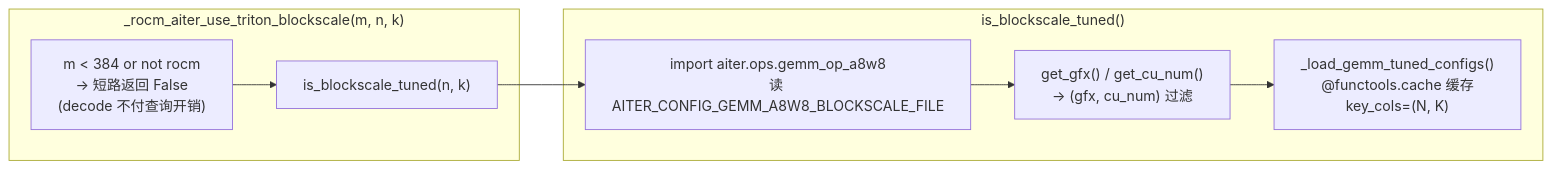
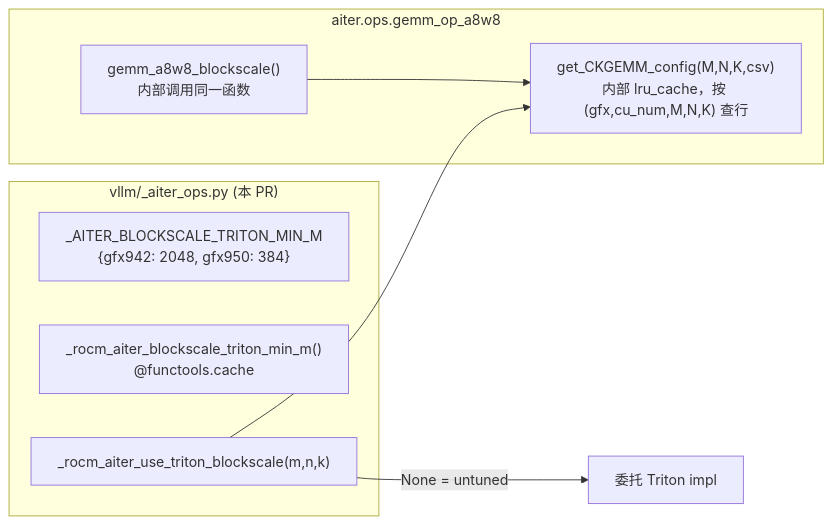
One commit to shen-shanshan/vllm-dev-skills changed the second of 2 diagrams in skills/vllm-pr-summary/outputs/pr-56812-summary.md. Above: the diagram before and after it, drawn with Mermaid. The commit also changed other lines of this file and 4 other files, not shown here.

````diff
--- a/skills/vllm-pr-summary/outputs/pr-56812-summary.md
+++ b/skills/vllm-pr-summary/outputs/pr-56812-summary.md
@@ -61,14 +62,15 @@
 ```mermaid
 flowchart LR
-    subgraph predicate["_rocm_aiter_use_triton_blockscale(m, n, k)"]
-        P1["m < 384 or not rocm<br/>→ 短路返回 False<br/>(decode 不付查询开销)"]
-        P2["is_blockscale_tuned(n, k)"]
+    subgraph vllm["vllm/_aiter_ops.py (本 PR)"]
+        T["_AITER_BLOCKSCALE_TRITON_MIN_M<br/>{gfx942: 2048, gfx950: 384}"]
+        G["_rocm_aiter_blockscale_triton_min_m()<br/>@functools.cache"]
+        P["_rocm_aiter_use_triton_blockscale(m,n,k)"]
     end
-    subgraph lookup["is_blockscale_tuned()"]
-        L1["import aiter.ops.gemm_op_a8w8<br/>读 AITER_CONFIG_GEMM_A8W8_BLOCKSCALE_FILE"]
-        L2["get_gfx() / get_cu_num()<br/>→ (gfx, cu_num) 过滤"]
-        L3["_load_gemm_tuned_configs()<br/>@functools.cache 缓存<br/>key_cols=(N, K)"]
+    subgraph aiter["aiter.ops.gemm_op_a8w8"]
+        CK["get_CKGEMM_config(M,N,K,csv)<br/>内部 lru_cache，按 (gfx,cu_num,M,N,K) 查行"]
+        GEMM["gemm_a8w8_blockscale()<br/>内部调用同一函数"]
     end
-    P1 --> P2
-    P2 --> L1 --> L2 --> L3
+    P --> CK
+    GEMM --> CK
+    P -->|"None = untuned"| ROUTE["委托 Triton impl"]
 ```
````
